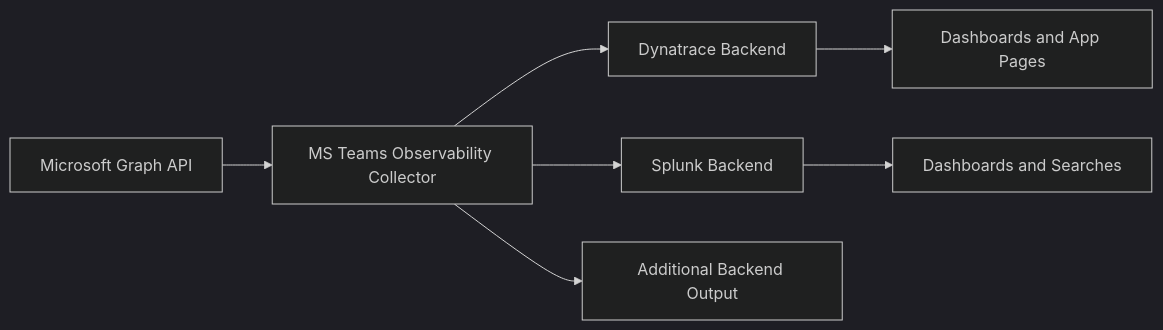
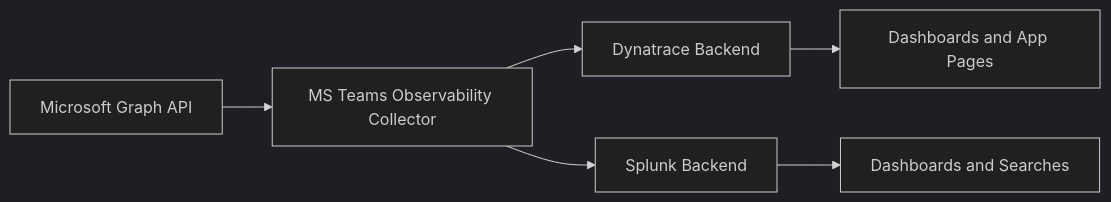
One commit to Phenisys/microsoft-teams-observability-documentation changed the diagram in src/content/docs/index.mdx. Above: the diagram before and after it, drawn with Mermaid (dark theme). The commit also changed other lines of this file, not shown here.

````diff
--- a/src/content/docs/index.mdx
+++ b/src/content/docs/index.mdx
@@ -30,10 +47,8 @@
 ```mermaid
 flowchart LR
     A[Microsoft Graph API] --> B[MS Teams Observability Collector]
     B --> C[Dynatrace Backend]
     B --> D[Splunk Backend]
-    B --> E[Additional Backend Output]
-
-    C --> F[Dashboards and App Pages]
-    D --> G[Dashboards and Searches]
+    C --> E[Dashboards and App Pages]
+    D --> F[Dashboards and Searches]
 ```
````
